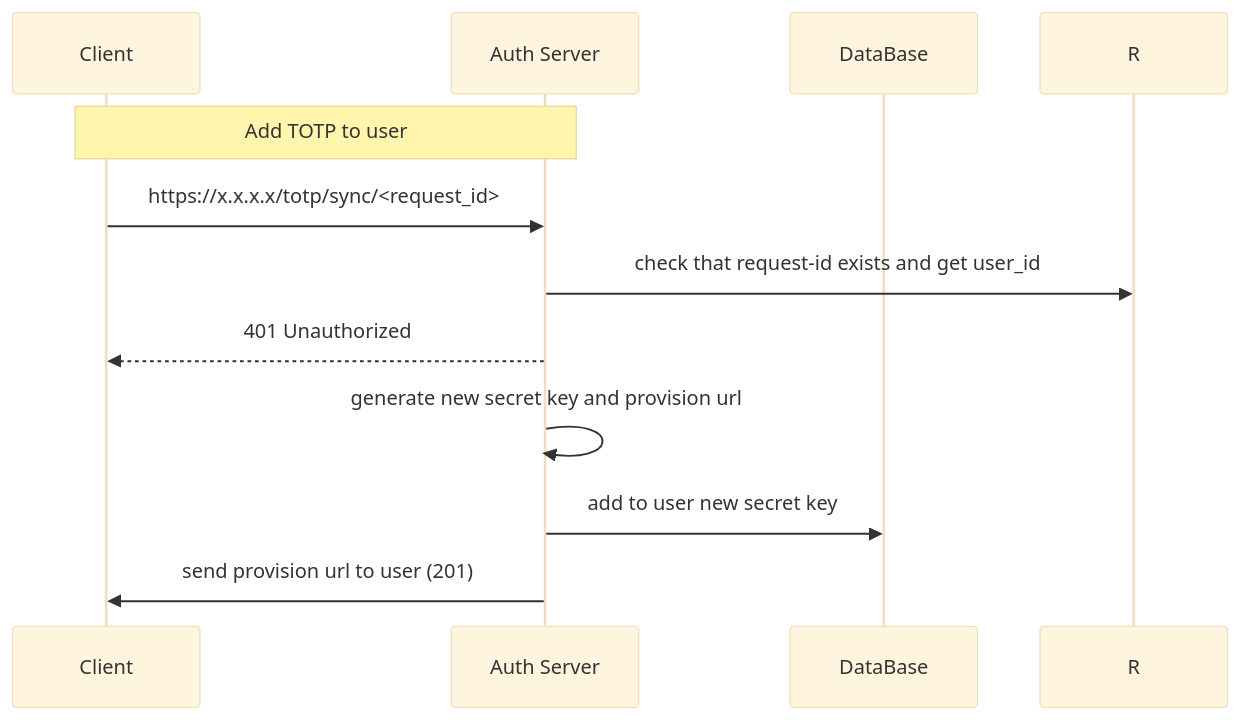
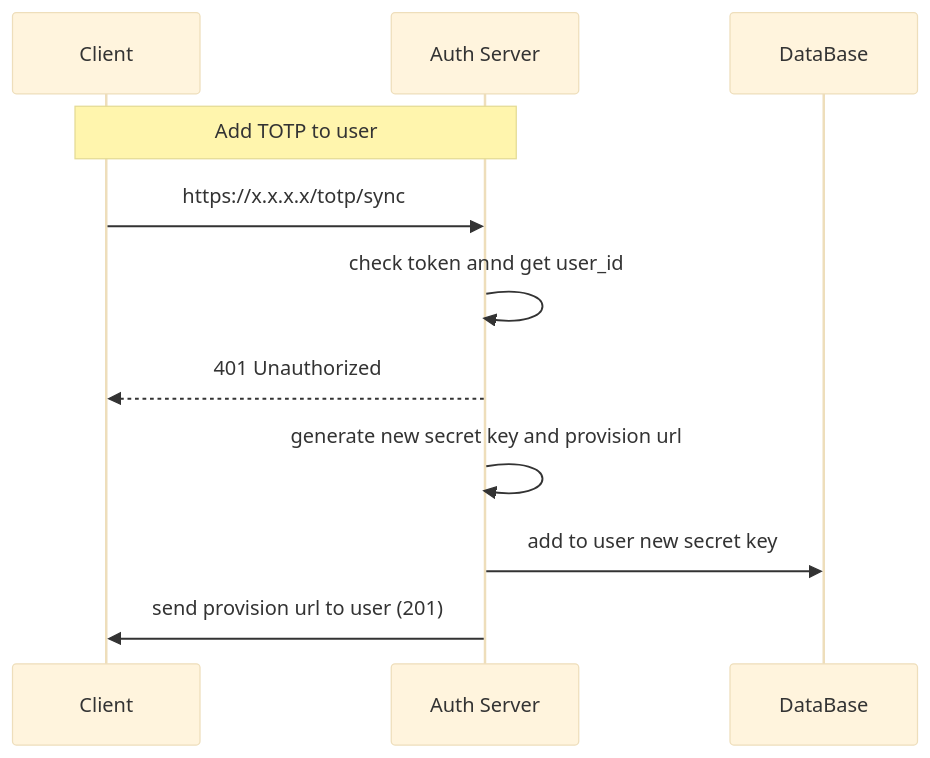
Before and after one commit to veselij/Auth_sprint_6_team_5: the first of 3 diagrams in Docs/3_social/3_TOTP.md, drawn with Mermaid (base theme). The commit also changed other lines of this file and 16 other files, not shown here.

````diff
--- a/Docs/3_social/3_TOTP.md
+++ b/Docs/3_social/3_TOTP.md
@@ -1,13 +1,13 @@
 ```mermaid
 sequenceDiagram
 	participant C as Client  
 	participant S as Auth Server
 	participant D as DataBase
 	Note over C, S: Add TOTP to user
-	C->>S: https://x.x.x.x/totp/sync/<request_id>
-    S->>R: check that request-id exists and get user_id
+	C->>S: https://x.x.x.x/totp/sync
+    S->>S: check token annd get user_id
 	S-->>C: 401 Unauthorized
     S->>S: generate new secret key and provision url
     S->>D: add to user new secret key
     S->>C: send provision url to user (201)
 ```
````
